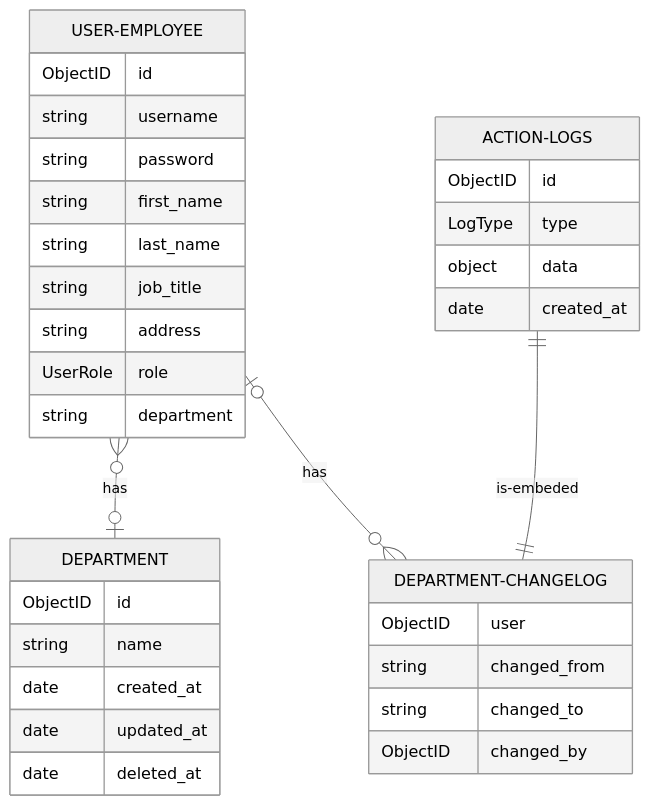
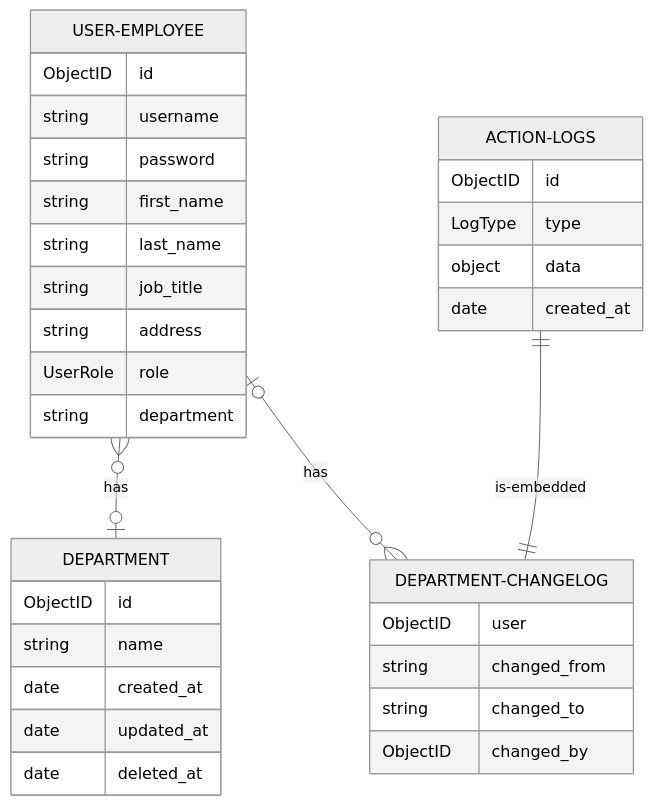
Before and after one commit to YogirajT/employee-registree: the first of 2 diagrams in README.md, drawn with Mermaid (neutral theme). The commit also changed other lines of this file, not shown here.

````diff
--- a/README.md
+++ b/README.md
@@ -54,39 +54,39 @@
 ```mermaid
 erDiagram
-    USER-EMPLOYEE {
-      ObjectID id
-      string username
-      string password
-      string first_name
-      string last_name
-      string job_title
-      string address
-      UserRole role
-      string department
-    }
-    USER-EMPLOYEE }o--o| DEPARTMENT : has
+    USER-EMPLOYEE {
+      ObjectID id
+      string username
+      string password
+      string first_name
+      string last_name
+      string job_title
+      string address
+      UserRole role
+      string department
+    }
+    USER-EMPLOYEE }o--o| DEPARTMENT : has
 
-    DEPARTMENT {
-      ObjectID id
-      string name
-      date created_at
-      date updated_at
-      date deleted_at
-    }
+    DEPARTMENT {
+      ObjectID id
+      string name
+      date created_at
+      date updated_at
+      date deleted_at
+    }
 
-    ACTION-LOGS {
-      ObjectID id
-      LogType type
-      object data
-      date created_at
-    }
-    USER-EMPLOYEE |o--o{ DEPARTMENT-CHANGELOG : has
+    ACTION-LOGS {
+      ObjectID id
+      LogType type
+      object data
+      date created_at
+    }
+    USER-EMPLOYEE |o--o{ DEPARTMENT-CHANGELOG : has
 
-    ACTION-LOGS ||--|| DEPARTMENT-CHANGELOG : is-embeded
-    DEPARTMENT-CHANGELOG {
-      ObjectID user
-      string changed_from
-      string changed_to
-      ObjectID changed_by
-    }
+    ACTION-LOGS ||--|| DEPARTMENT-CHANGELOG : is-embedded
+    DEPARTMENT-CHANGELOG {
+      ObjectID user
+      string changed_from
+      string changed_to
+      ObjectID changed_by
+    }
 ```
````
